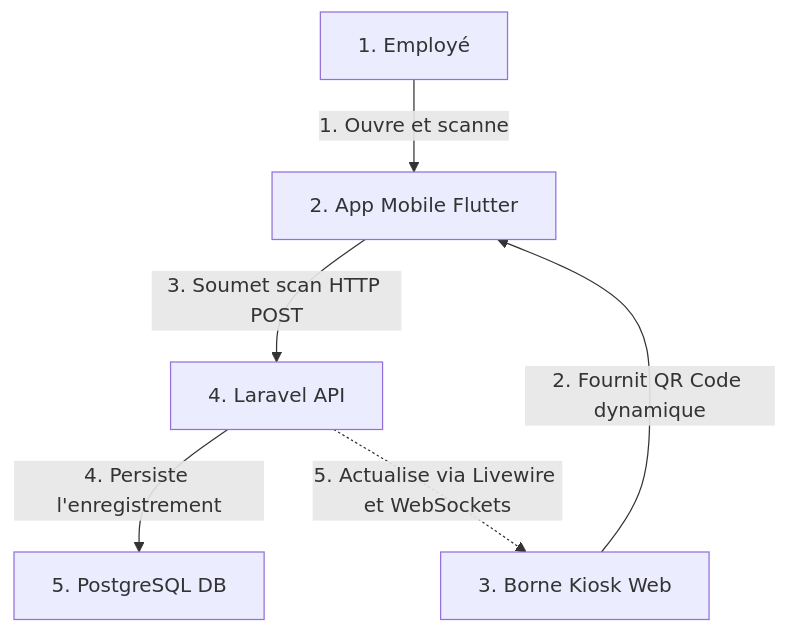
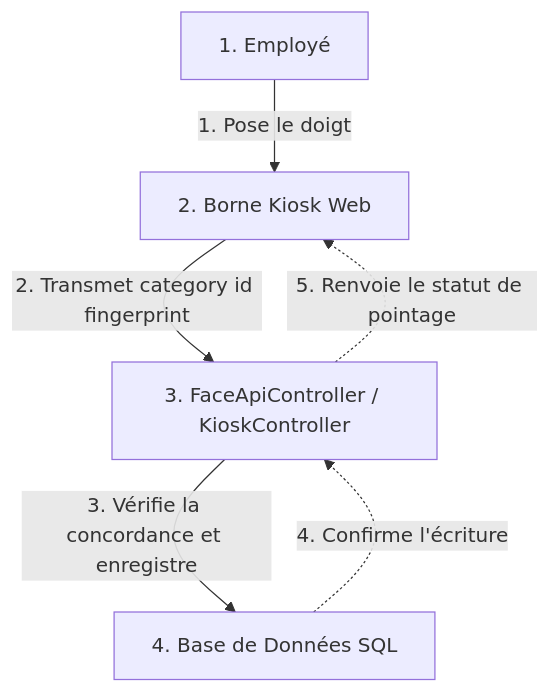
The fourth of 14 diagrams in rapport_de_stage_diagrammes.md (Evrad15/C.H.R.A.C.E.R.H), drawn with Mermaid before and after one commit. The commit also changed other lines of this file and 19 other files, not shown here.

Commit message:
docs: update project README and documentation with comprehensive architectural diagrams and feature specifications

````diff
--- a/rapport_de_stage_diagrammes.md
+++ b/rapport_de_stage_diagrammes.md
@@ -142,14 +152,13 @@
 ```mermaid
 graph TD
     Employe["1. Employé"]
-    Mobile["2. App Mobile Flutter"]
-    Kiosk["3. Borne Kiosk Web"]
-    API["4. Laravel API"]
-    DB["5. PostgreSQL DB"]
+    Kiosk["2. Borne Kiosk Web"]
+    API["3. FaceApiController / KioskController"]
+    DB["4. Base de Données SQL"]
 
-    Employe -->|1. Ouvre et scanne| Mobile
-    Kiosk -->|2. Fournit QR Code dynamique| Mobile
-    Mobile -->|3. Soumet scan HTTP POST| API
-    API -->|4. Persiste l'enregistrement| DB
-    API -.->|5. Actualise via Livewire et WebSockets| Kiosk
+    Employe -->|1. Pose le doigt| Kiosk
+    Kiosk -->|2. Transmet category id fingerprint| API
+    API -->|3. Vérifie la concordance et enregistre| DB
+    DB -.->|4. Confirme l'écriture| API
+    API -.->|5. Renvoie le statut de pointage| Kiosk
 ```
````
